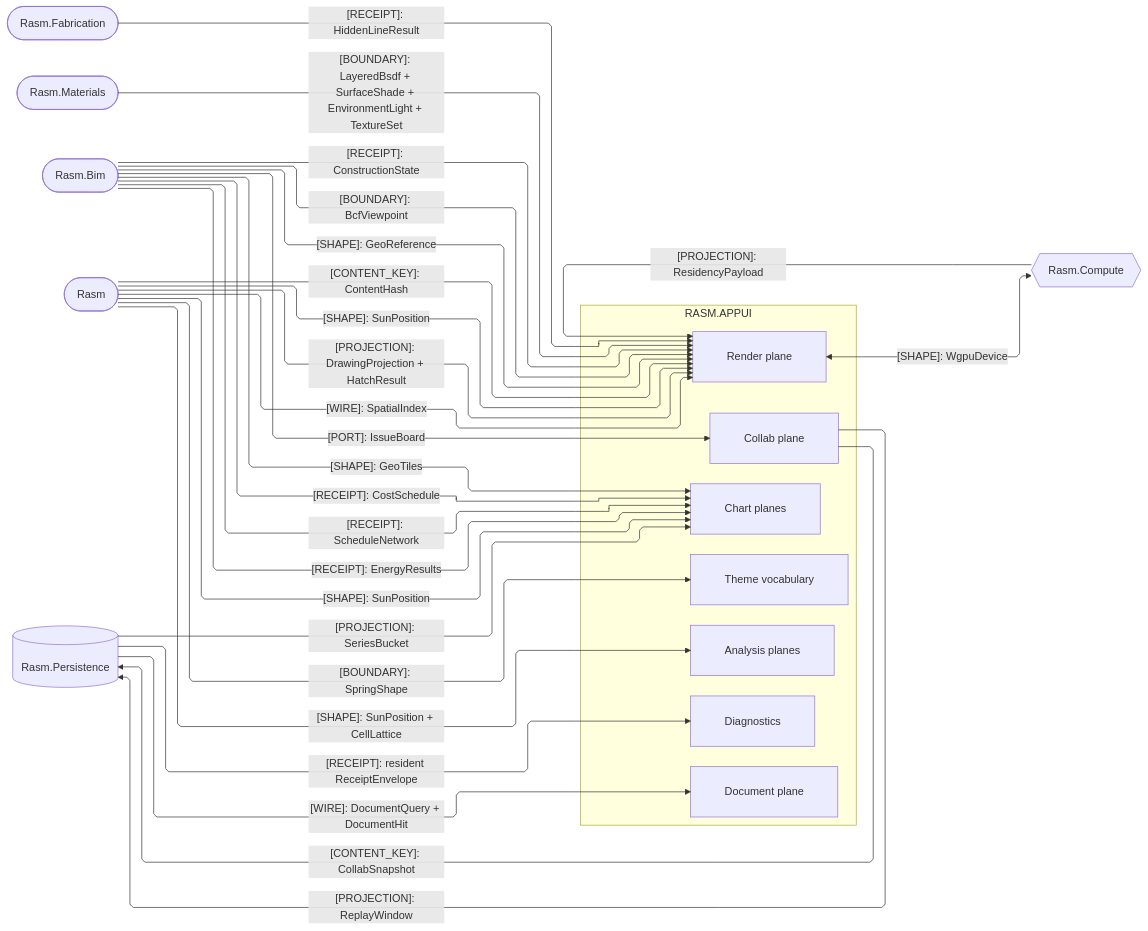
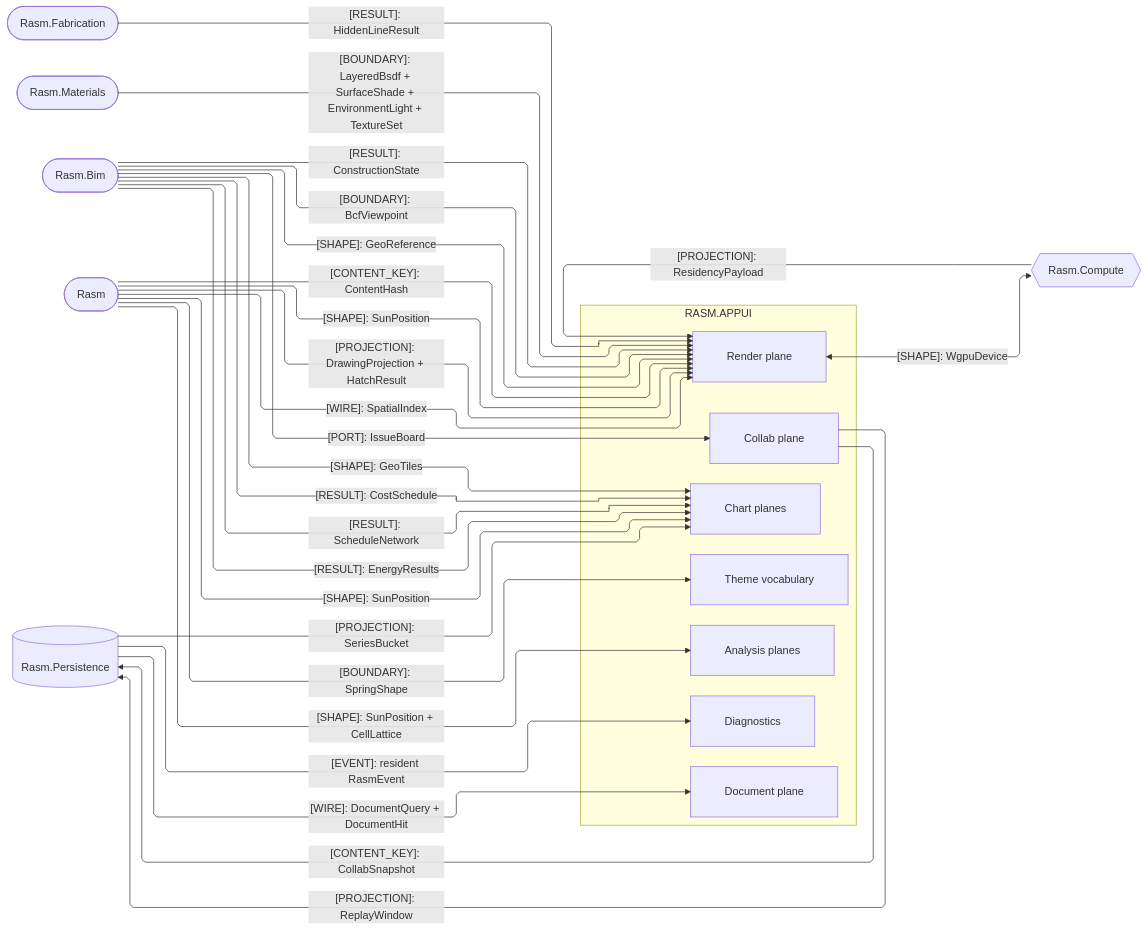
One commit to bsamiee/Rasm changed the second of 4 diagrams in libs/dotnet/Rasm.AppUi/ARCHITECTURE.md. Above: the diagram before and after it, drawn with Mermaid. The commit also changed other lines of this file and 1417 other files, not shown here.

````diff
--- a/libs/dotnet/Rasm.AppUi/ARCHITECTURE.md
+++ b/libs/dotnet/Rasm.AppUi/ARCHITECTURE.md
@@ -154,51 +154,51 @@
 ```mermaid
 ---
 config:
   layout: elk
   flowchart:
     curve: linear
     padding: 25
 ---
 flowchart LR
     accTitle: AppUi AEC-domain, render-source, and storage seams
-    accDescr: Which projections, shapes, receipts, boundaries, ports, wires, and content keys cross between the AppUi owners and their .NET peers.
+    accDescr: Which projections, shapes, results, boundaries, ports, wires, and content keys cross between the AppUi owners and their .NET peers.
     subgraph appui[RASM.APPUI]
         Render[Render plane]
         Charts[Chart planes]
         Collab[Collab plane]
         Document[Document plane]
         Analysis[Analysis planes]
         Theme[Theme vocabulary]
         Diagnostics[Diagnostics]
     end
     Compute{{Rasm.Compute}}
     Fabrication([Rasm.Fabrication])
     Materials([Rasm.Materials])
     Bim([Rasm.Bim])
     Rasm([Rasm])
     Persistence[(Rasm.Persistence)]
     Compute e1@-->|"[PROJECTION]: ResidencyPayload"| Render
     Render e2@<-->|"[SHAPE]: WgpuDevice"| Compute
-    Fabrication e3@-->|"[RECEIPT]: HiddenLineResult"| Render
+    Fabrication e3@-->|"[RESULT]: HiddenLineResult"| Render
     Materials e4@-->|"[BOUNDARY]: LayeredBsdf + SurfaceShade + EnvironmentLight + TextureSet"| Render
     Rasm e5@-->|"[CONTENT_KEY]: ContentHash"| Render
     Rasm e6@-->|"[SHAPE]: SunPosition"| Render
     Rasm e7@-->|"[PROJECTION]: DrawingProjection + HatchResult"| Render
     Rasm e8@-->|"[WIRE]: SpatialIndex"| Render
     Rasm e9@-->|"[BOUNDARY]: SpringShape"| Theme
     Rasm e10@-->|"[SHAPE]: SunPosition + CellLattice"| Analysis
     Rasm e11@-->|"[SHAPE]: SunPosition"| Charts
     Bim e12@-->|"[SHAPE]: GeoTiles"| Charts
-    Bim e13@-->|"[RECEIPT]: CostSchedule"| Charts
-    Bim e14@-->|"[RECEIPT]: ScheduleNetwork"| Charts
-    Bim e15@-->|"[RECEIPT]: EnergyResults"| Charts
+    Bim e13@-->|"[RESULT]: CostSchedule"| Charts
+    Bim e14@-->|"[RESULT]: ScheduleNetwork"| Charts
+    Bim e15@-->|"[RESULT]: EnergyResults"| Charts
     Persistence e16@-->|"[PROJECTION]: SeriesBucket"| Charts
-    Persistence e17@-->|"[RECEIPT]: resident ReceiptEnvelope"| Diagnostics
+    Persistence e17@-->|"[EVENT]: resident RasmEvent"| Diagnostics
     Bim e18@-->|"[PORT]: IssueBoard"| Collab
     Collab e19@-->|"[PROJECTION]: ReplayWindow"| Persistence
     Collab e20@-->|"[CONTENT_KEY]: CollabSnapshot"| Persistence
     Persistence e21@-->|"[WIRE]: DocumentQuery + DocumentHit"| Document
-    Bim e22@-->|"[RECEIPT]: ConstructionState"| Render
+    Bim e22@-->|"[RESULT]: ConstructionState"| Render
     Bim e23@-->|"[BOUNDARY]: BcfViewpoint"| Render
     Bim e24@-->|"[SHAPE]: GeoReference"| Render
 ```
````
